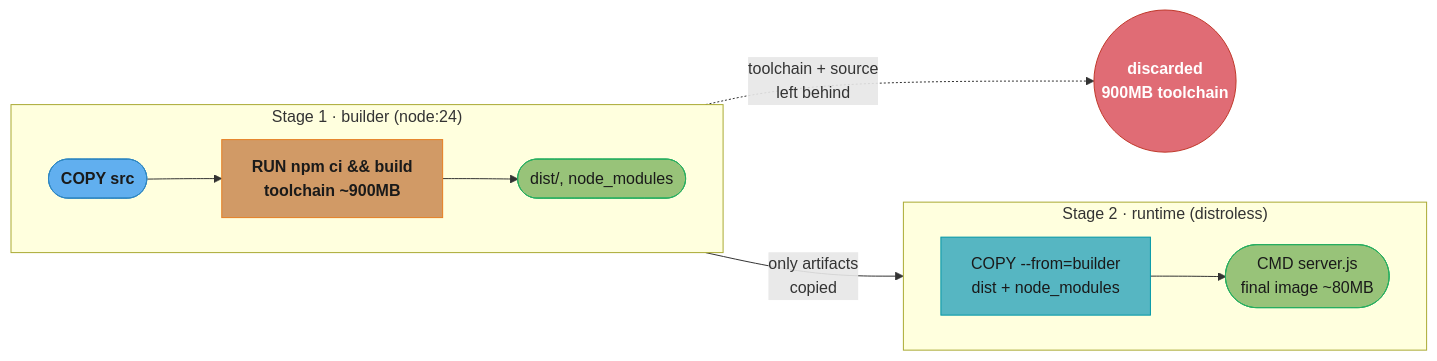
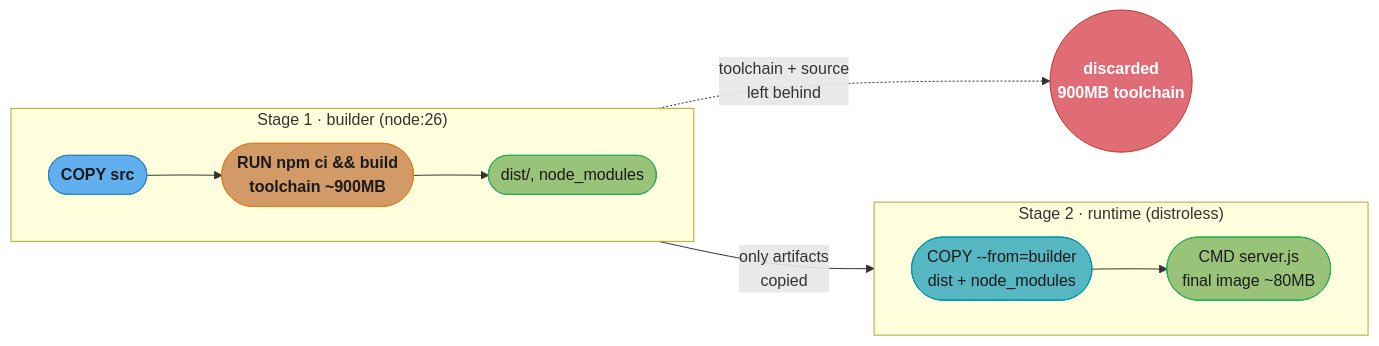
One commit to rppol/system-design changed the third of 4 diagrams in src/main/java/com/rutik/systemdesign/devops/containers_and_docker/containers_and_docker.md. Above: the diagram before and after it, drawn with Mermaid. The commit also changed other lines of this file and 63 other files, not shown here.

````diff
--- a/src/main/java/com/rutik/systemdesign/devops/containers_and_docker/containers_and_docker.md
+++ b/src/main/java/com/rutik/systemdesign/devops/containers_and_docker/containers_and_docker.md
@@ -102,31 +128,31 @@
 ```mermaid
 flowchart LR
     classDef io      fill:#61afef,stroke:#2e86c1,color:#1a1a1a,font-weight:bold
     classDef frozen  fill:#c678dd,stroke:#9b59b6,color:#fff
     classDef train   fill:#98c379,stroke:#27ae60,color:#1a1a1a
     classDef mathOp  fill:#d19a66,stroke:#e67e22,color:#1a1a1a,font-weight:bold
     classDef lossN   fill:#e06c75,stroke:#c0392b,color:#fff,font-weight:bold
     classDef req     fill:#56b6c2,stroke:#0097a7,color:#1a1a1a
     classDef base    fill:#e5c07b,stroke:#f39c12,color:#1a1a1a
 
-    subgraph builder["Stage 1 · builder (node:24)"]
+    subgraph builder["Stage 1 · builder (node:26)"]
         direction LR
-        src(["COPY src"]) --> build["RUN npm ci && build<br/>toolchain ~900MB"]
+        src(["COPY src"]) --> build(["RUN npm ci && build<br/>toolchain ~900MB"])
         build --> artifacts(["dist/, node_modules"])
     end
 
     subgraph runtime["Stage 2 · runtime (distroless)"]
         direction LR
-        copyart["COPY --from=builder<br/>dist + node_modules"] --> cmd(["CMD server.js<br/>final image ~80MB"])
+        copyart(["COPY --from=builder<br/>dist + node_modules"]) --> cmd(["CMD server.js<br/>final image ~80MB"])
     end
 
     artifacts -->|"only artifacts<br/>copied"| copyart
     build -.->|"toolchain + source<br/>left behind"| trash(("discarded<br/>900MB toolchain"))
 
     class src io
     class build mathOp
     class artifacts train
     class copyart req
     class cmd train
     class trash lossN
 ```
````
